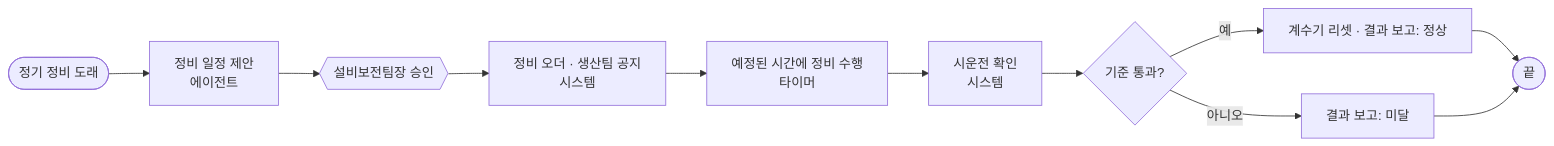
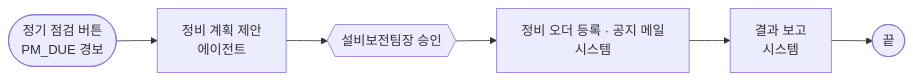
One commit to uengine-oss/hyd-iot-edu changed the second of 3 diagrams in docs/보고서/2026-10-09_HYD_시나리오_3개.md. Above: the diagram before and after it, drawn with Mermaid. The commit also changed other lines of this file and 2 other files, not shown here.

````diff
--- a/docs/보고서/2026-10-09_HYD_시나리오_3개.md
+++ b/docs/보고서/2026-10-09_HYD_시나리오_3개.md
@@ -107,13 +112,8 @@
 ```mermaid
 flowchart LR
-  S([정기 정비 도래]) --> A1[정비 일정 제안<br/>에이전트]
+  S([정기 점검 버튼<br/>PM_DUE 경보]) --> A1[정비 계획 제안<br/>에이전트]
   A1 --> H1{{설비보전팀장 승인}}
-  H1 --> P1[정비 오더 · 생산팀 공지<br/>시스템]
-  P1 --> P2[예정된 시간에 정비 수행<br/>타이머]
-  P2 --> P3[시운전 확인<br/>시스템]
-  P3 --> G{기준 통과?}
-  G -- 예 --> R1[계수기 리셋 · 결과 보고: 정상]
-  G -- 아니오 --> R2[결과 보고: 미달]
+  H1 --> P1[정비 오더 등록 · 공지 메일<br/>시스템]
+  P1 --> R1[결과 보고<br/>시스템]
   R1 --> E([끝])
-  R2 --> E
 ```
````
